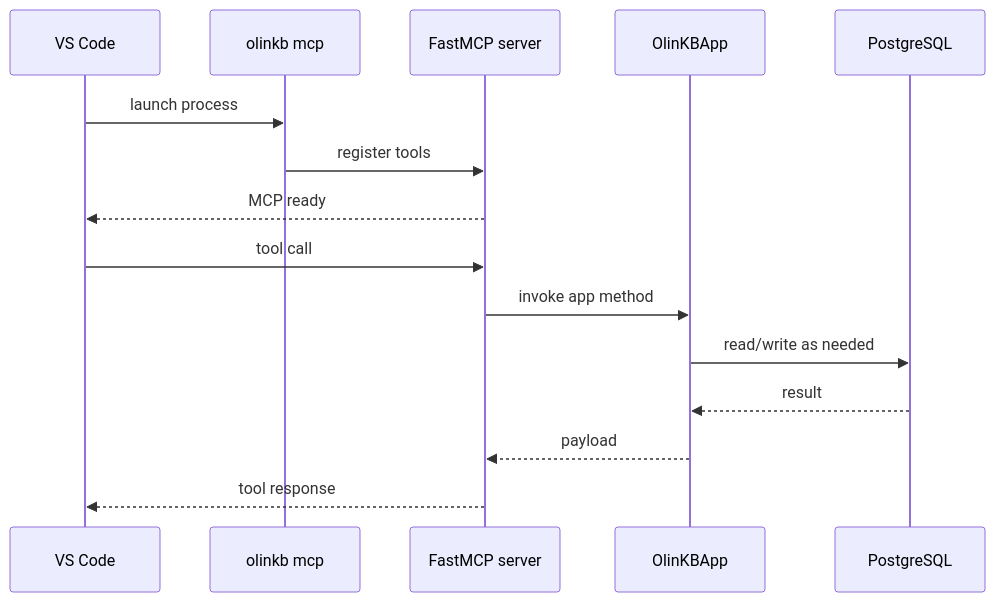
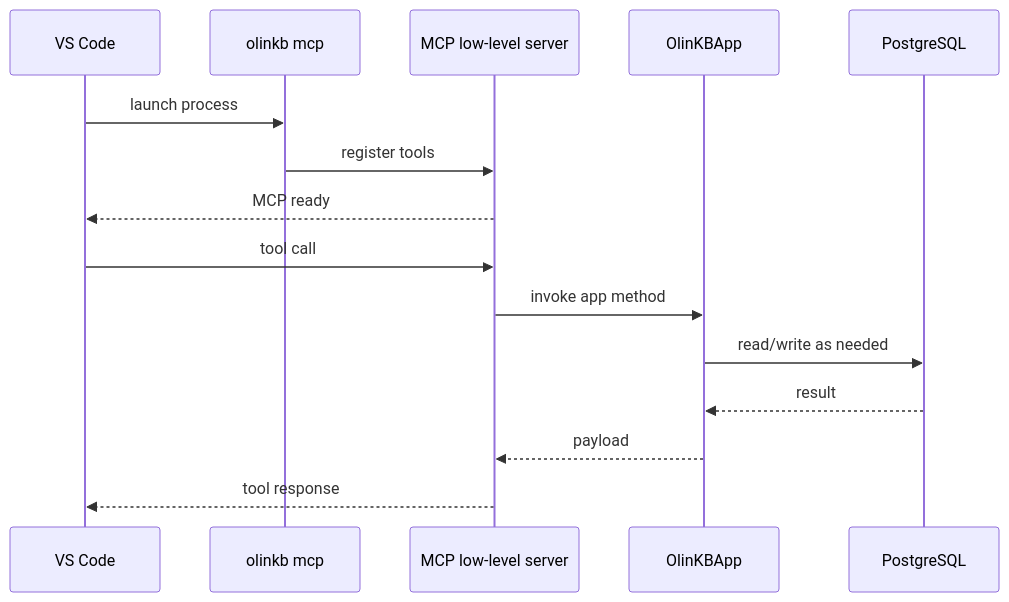
One commit to rzjulio/olinkb changed the fourth of 11 diagrams in docs/olinkb-funcionamiento-end-to-end.md. Above: the diagram before and after it, drawn with Mermaid. The commit also changed other lines of this file and 14 other files, not shown here.

First line of the commit message:
Refactor OlinKB server from FastMCP to Official MCP Python SDK

````diff
--- a/docs/olinkb-funcionamiento-end-to-end.md
+++ b/docs/olinkb-funcionamiento-end-to-end.md
@@ -221,18 +221,18 @@
 ```mermaid
 sequenceDiagram
     participant VSCode as VS Code
     participant CLI as olinkb mcp
-    participant MCP as FastMCP server
+    participant MCP as MCP low-level server
     participant App as OlinKBApp
     participant PG as PostgreSQL
 
     VSCode->>CLI: launch process
     CLI->>MCP: register tools
     MCP-->>VSCode: MCP ready
     VSCode->>MCP: tool call
     MCP->>App: invoke app method
     App->>PG: read/write as needed
     PG-->>App: result
     App-->>MCP: payload
     MCP-->>VSCode: tool response
 ```
````
